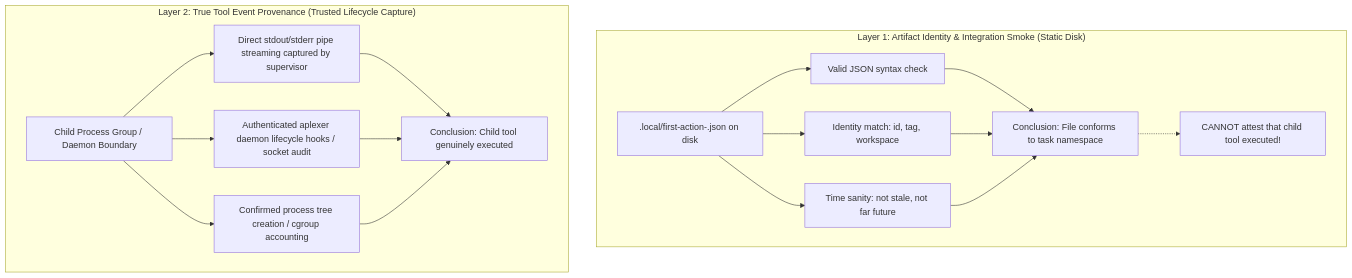
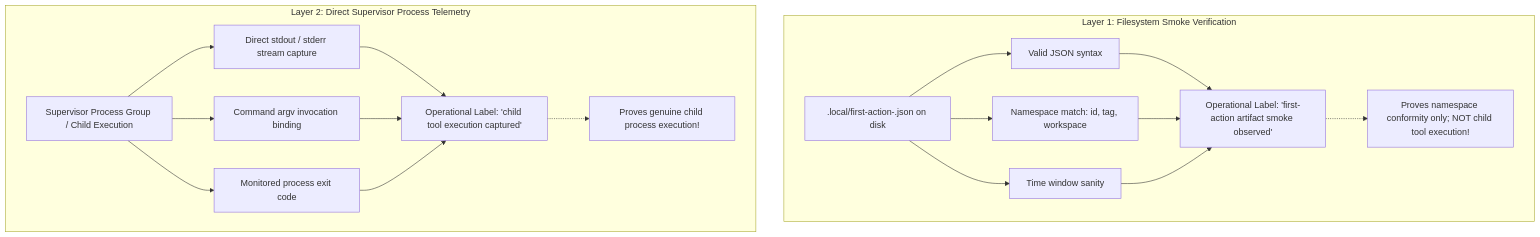
The diagram in research/antigravity/reviews/REV-QL-FIRST-ACTION-BYPASS.md (alexeygrigorev/cloudflare-agent-git), drawn with Mermaid before and after one commit. The commit also changed other lines of this file and 5 other files, not shown here.

Commit message:
Update QL bypass review with operational phase labels, bus review with C2072 durability flaws, and custody reserve check <= 15% (C2071-C2073)

````diff
--- a/research/antigravity/reviews/REV-QL-FIRST-ACTION-BYPASS.md
+++ b/research/antigravity/reviews/REV-QL-FIRST-ACTION-BYPASS.md
@@ -183,19 +182,20 @@
 ```mermaid
 flowchart TD
-    subgraph Layer1["Layer 1: Artifact Identity & Integration Smoke (Static Disk)"]
+    subgraph Layer1["Layer 1: Filesystem Smoke Verification"]
         F[".local/first-action-<id>.json on disk"]
-        F --> S1["Valid JSON syntax check"]
-        F --> S2["Identity match: id, tag, workspace"]
-        F --> S3["Time sanity: not stale, not far future"]
-        S1 & S2 & S3 --> R1["Conclusion: File conforms to task namespace"]
-        R1 -.-> NO["CANNOT attest that child tool executed!"]
+        F --> S1["Valid JSON syntax"]
+        F --> S2["Namespace match: id, tag, workspace"]
+        F --> S3["Time window sanity"]
+        S1 & S2 & S3 --> L1["Operational Label: 'first-action artifact smoke observed'"]
+        L1 -.-> N1["Proves namespace conformity only; NOT child tool execution!"]
     end
 
-    subgraph Layer2["Layer 2: True Tool Event Provenance (Trusted Lifecycle Capture)"]
-        P["Child Process Group / Daemon Boundary"]
-        P --> T1["Direct stdout/stderr pipe streaming captured by supervisor"]
-        P --> T2["Authenticated aplexer daemon lifecycle hooks / socket audit"]
-        P --> T3["Confirmed process tree creation / cgroup accounting"]
-        T1 & T2 & T3 --> R2["Conclusion: Child tool genuinely executed"]
+    subgraph Layer2["Layer 2: Direct Supervisor Process Telemetry"]
+        P["Supervisor Process Group / Child Execution"]
+        P --> E1["Direct stdout / stderr stream capture"]
+        P --> E2["Command argv invocation binding"]
+        P --> E3["Monitored process exit code"]
+        E1 & E2 & E3 --> L2["Operational Label: 'child tool execution captured'"]
+        L2 -.-> N2["Proves genuine child process execution!"]
     end
 ```
````
